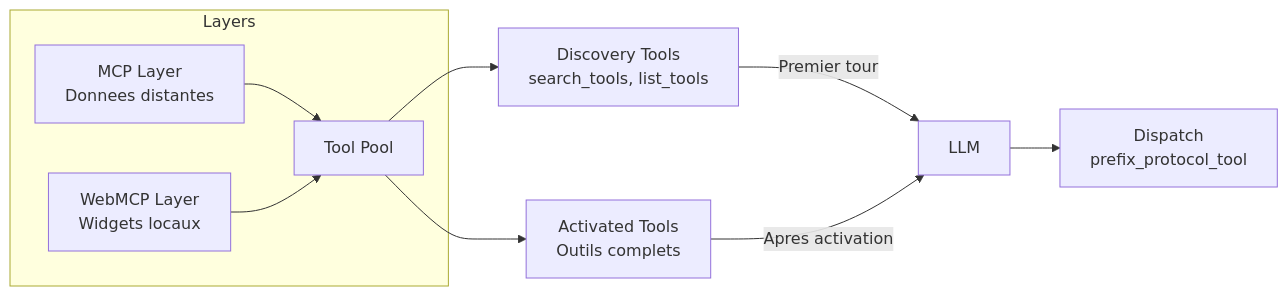
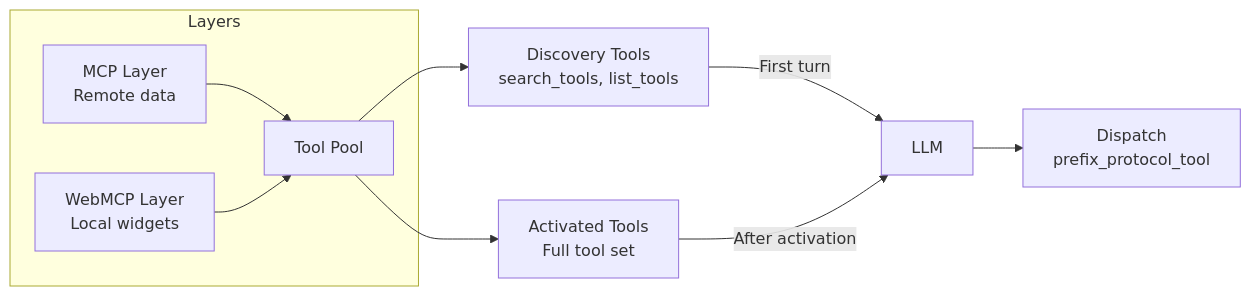
One commit to jeanbaptiste/webmcp-auto-ui changed the second of 3 diagrams in docs/starlight/src/content/docs/packages/agent.mdx. Above: the diagram before and after it, drawn with Mermaid. The commit also changed other lines of this file and 94 other files, not shown here.

````diff
--- a/docs/starlight/src/content/docs/packages/agent.mdx
+++ b/docs/starlight/src/content/docs/packages/agent.mdx
@@ -313,15 +288,15 @@
 ```mermaid
 graph LR
     subgraph Layers
-        MCP[MCP Layer<br/>Donnees distantes] --> TOOLS[Tool Pool]
-        WMCP[WebMCP Layer<br/>Widgets locaux] --> TOOLS
+        MCP[MCP Layer<br/>Remote data] --> TOOLS[Tool Pool]
+        WMCP[WebMCP Layer<br/>Local widgets] --> TOOLS
     end
 
     TOOLS --> DISCOVERY[Discovery Tools<br/>search_tools, list_tools]
-    TOOLS --> ACTIVATE[Activated Tools<br/>Outils complets]
+    TOOLS --> ACTIVATE[Activated Tools<br/>Full tool set]
 
-    DISCOVERY -->|Premier tour| LLM
-    ACTIVATE -->|Apres activation| LLM
+    DISCOVERY -->|First turn| LLM
+    ACTIVATE -->|After activation| LLM
 
     LLM --> DISPATCH[Dispatch<br/>prefix_protocol_tool]
 ```
````
